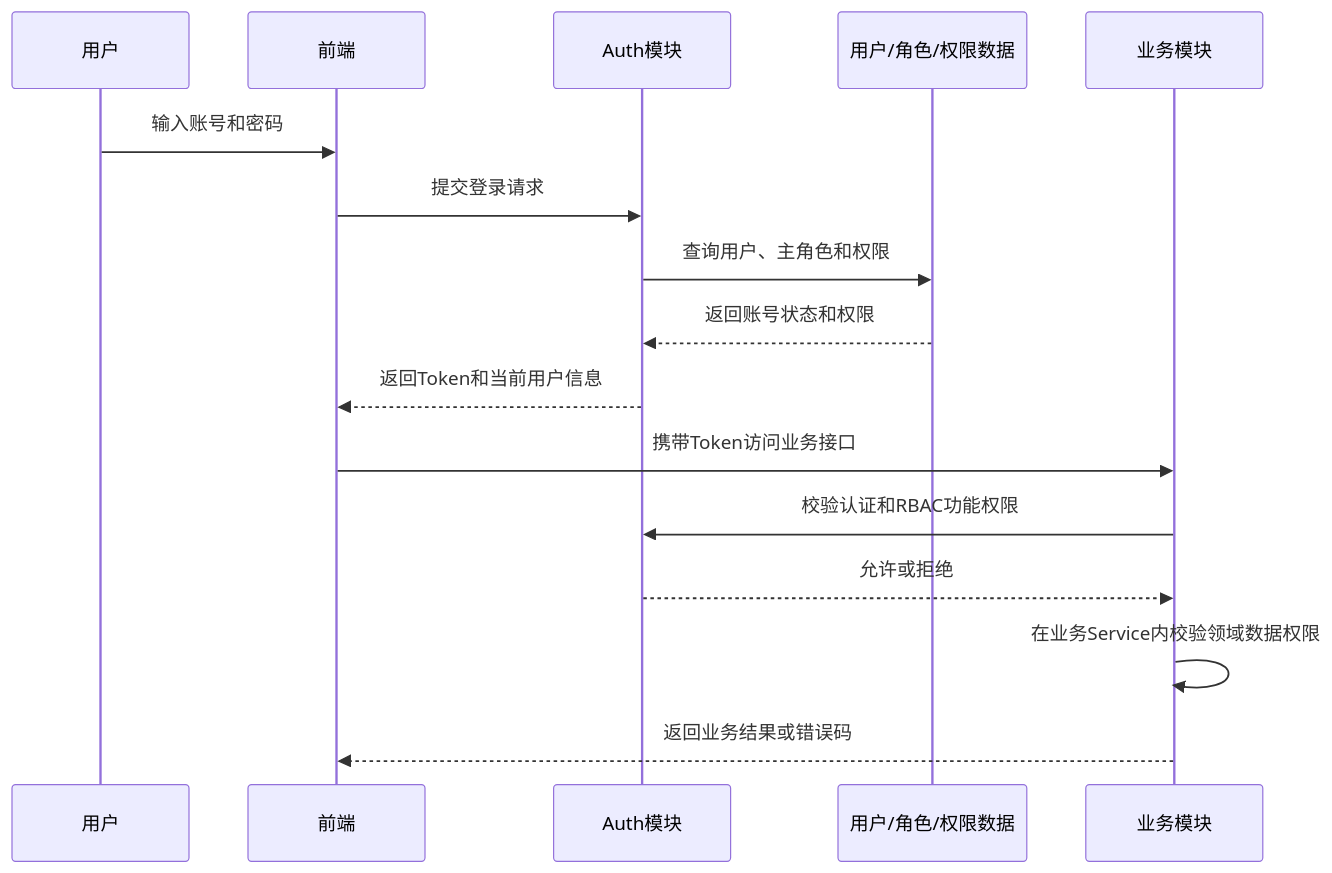
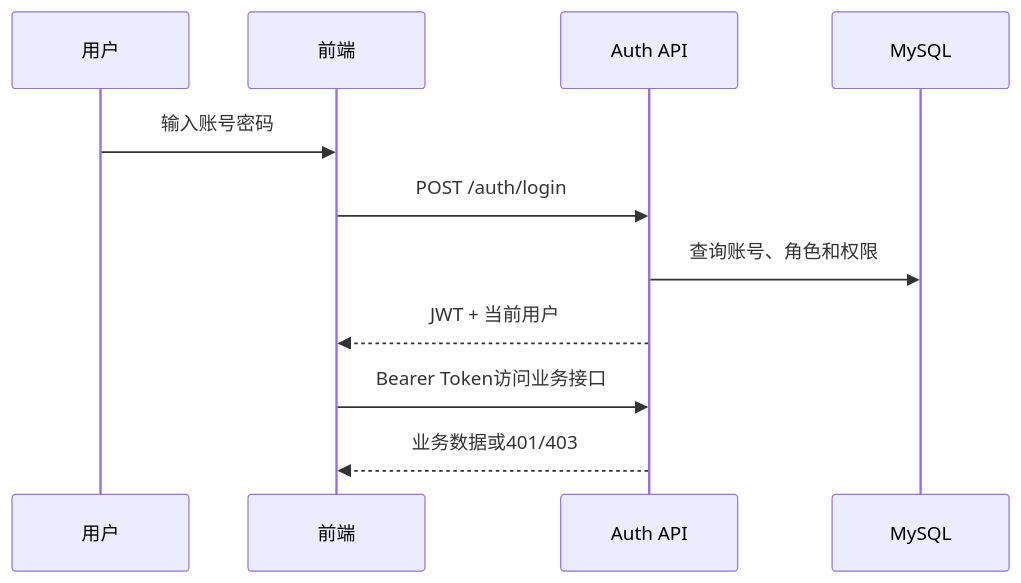
One commit to thesantaana/Care-Nexus changed the third of 4 diagrams in docs/design/系统分析与设计模型.md. Above: the diagram before and after it, drawn with Mermaid. The commit also changed other lines of this file and 110 other files, not shown here.

````diff
--- a/docs/design/系统分析与设计模型.md
+++ b/docs/design/系统分析与设计模型.md
@@ -189,18 +44,13 @@
 ```mermaid
 sequenceDiagram
-    participant U as 用户
-    participant FE as 前端
-    participant Auth as Auth模块
-    participant DB as 用户/角色/权限数据
-    participant Biz as 业务模块
-    U->>FE: 输入账号和密码
-    FE->>Auth: 提交登录请求
-    Auth->>DB: 查询用户、主角色和权限
-    DB-->>Auth: 返回账号状态和权限
-    Auth-->>FE: 返回Token和当前用户信息
-    FE->>Biz: 携带Token访问业务接口
-    Biz->>Auth: 校验认证和RBAC功能权限
-    Auth-->>Biz: 允许或拒绝
-    Biz->>Biz: 在业务Service内校验领域数据权限
-    Biz-->>FE: 返回业务结果或错误码
+  participant U as 用户
+  participant F as 前端
+  participant A as Auth API
+  participant DB as MySQL
+  U->>F: 输入账号密码
+  F->>A: POST /auth/login
+  A->>DB: 查询账号、角色和权限
+  A-->>F: JWT + 当前用户
+  F->>A: Bearer Token访问业务接口
+  A-->>F: 业务数据或401/403
 ```
````
